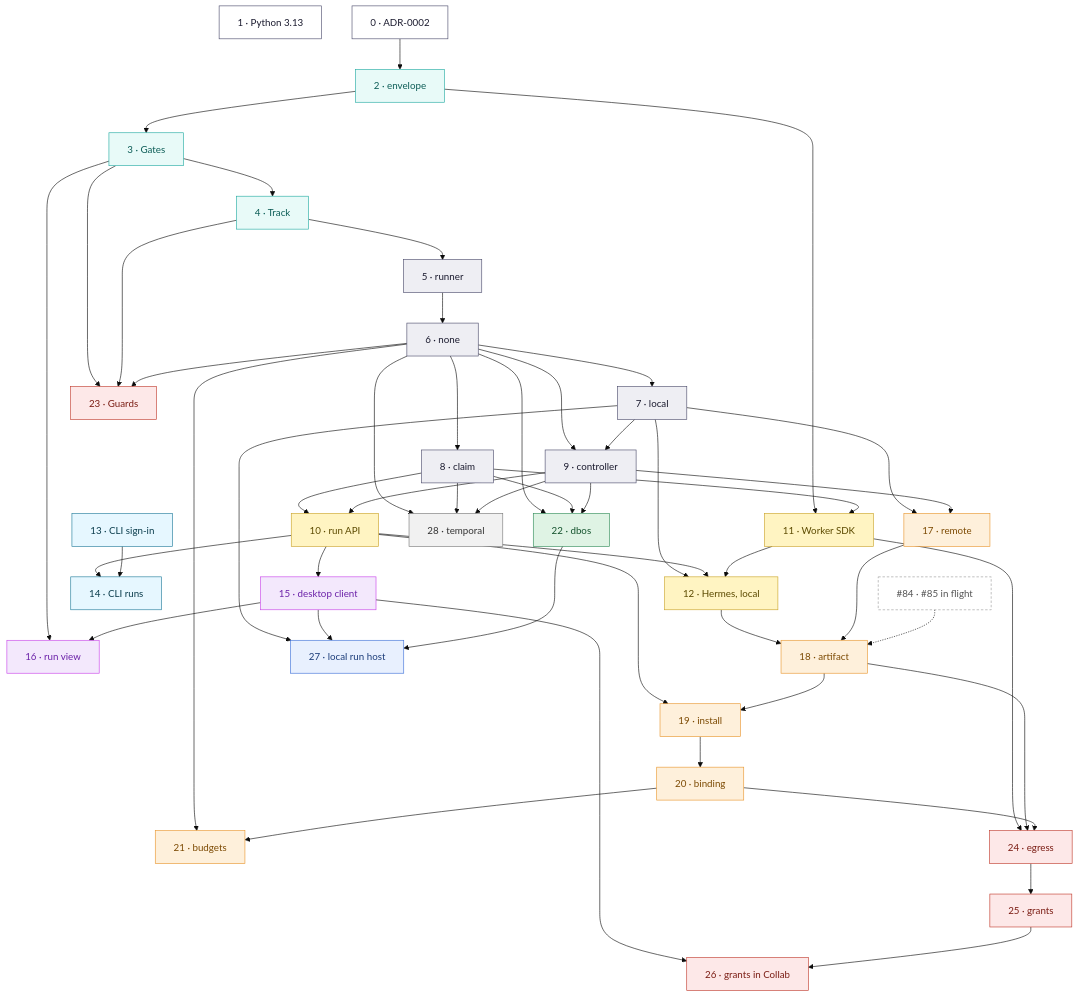
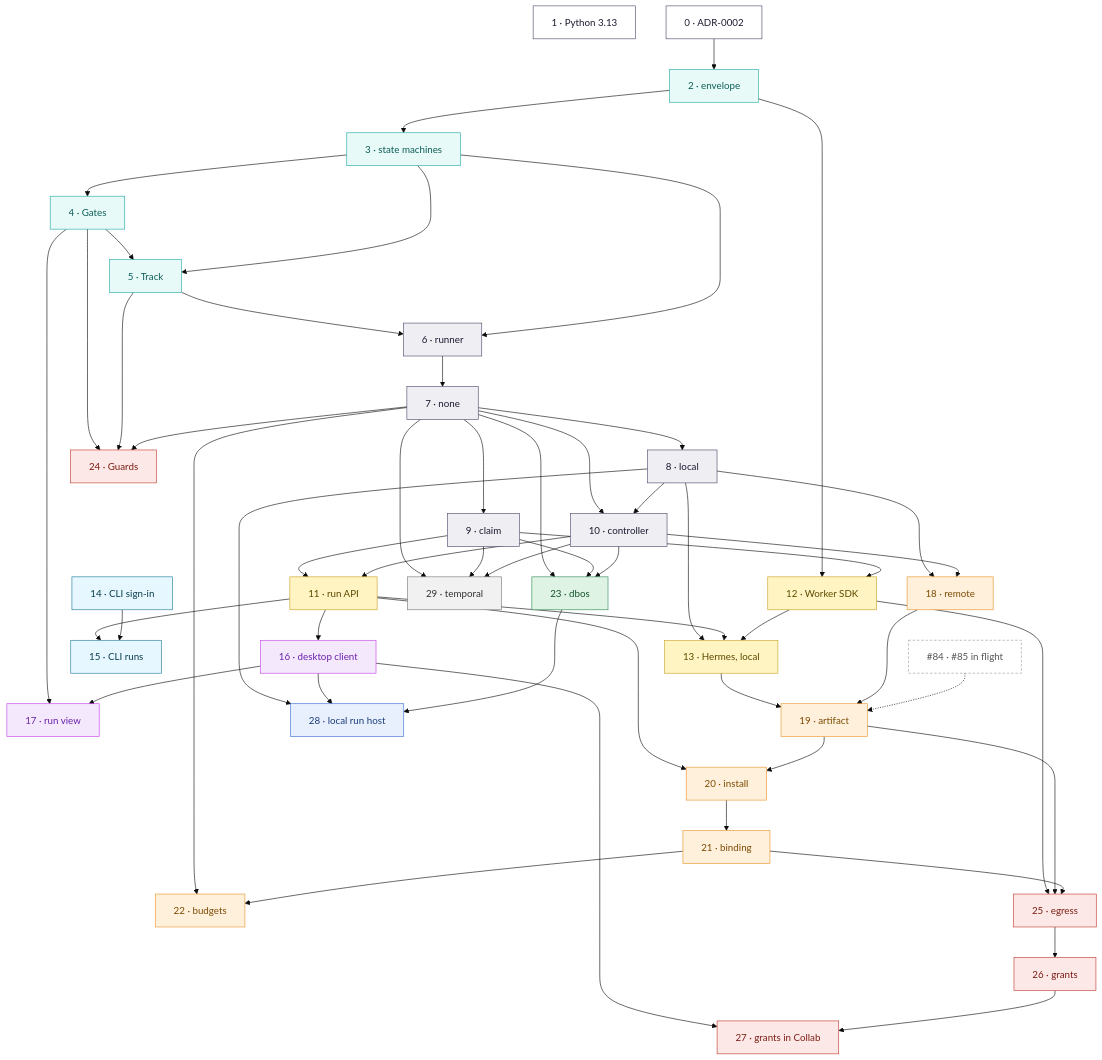
One commit to nebari-dev/collab-hub-pack changed the second of 5 diagrams in COG_EXECUTION.md. Above: the diagram before and after it, drawn with Mermaid (base theme). The commit also changed other lines of this file and 1 other file, not shown here.

First line of the commit message:
docs: a dedicated phase for the Cog state machines, early

````diff
--- a/COG_EXECUTION.md
+++ b/COG_EXECUTION.md
@@ -921,50 +948,51 @@
 ```mermaid
 flowchart TD
   ph1["1 · Python 3.13"]
-  ph0["0 · ADR-0002"] --> ph2["2 · envelope"] --> ph3["3 · Gates"] --> ph4["4 · Track"] --> ph5["5 · runner"] --> ph6["6 · none"]
-  ph6 --> ph7["7 · local"] & ph8["8 · claim"]
-  ph6 & ph7 --> ph9["9 · controller"]
-  ph8 & ph9 --> ph10["10 · run API"]
-  ph13["13 · CLI sign-in"]
-  ph2 & ph8 --> ph11["11 · Worker SDK"]
-  ph7 & ph10 & ph11 --> ph12["12 · Hermes, local"]
-  ph10 & ph13 --> ph14["14 · CLI runs"]
-  ph10 --> ph15["15 · desktop client"]
-  ph3 & ph15 --> ph16["16 · run view"]
-  ph7 & ph9 --> ph17["17 · remote"]
-  ph12 & ph17 --> ph18["18 · artifact"]
-  reg["#84 · #85 in flight"] -.-> ph18
-  ph10 & ph18 --> ph19["19 · install"] --> ph20["20 · binding"]
-  ph6 & ph20 --> ph21["21 · budgets"]
-  ph6 & ph8 & ph9 --> ph22["22 · dbos"]
-  ph3 & ph4 & ph6 --> ph23["23 · Guards"]
-  ph11 & ph18 & ph20 --> ph24["24 · egress"] --> ph25["25 · grants"]
-  ph15 & ph25 --> ph26["26 · grants in Collab"]
-  ph7 & ph15 & ph22 --> ph27["27 · local run host"]
-  ph6 & ph8 & ph9 --> ph28["28 · temporal"]
+  ph0["0 · ADR-0002"] --> ph2["2 · envelope"] --> ph3["3 · state machines"] --> ph4["4 · Gates"] --> ph5["5 · Track"] --> ph6["6 · runner"] --> ph7["7 · none"]
+  ph3 --> ph5 & ph6
+  ph7 --> ph8["8 · local"] & ph9["9 · claim"]
+  ph7 & ph8 --> ph10["10 · controller"]
+  ph9 & ph10 --> ph11["11 · run API"]
+  ph14["14 · CLI sign-in"]
+  ph2 & ph9 --> ph12["12 · Worker SDK"]
+  ph8 & ph11 & ph12 --> ph13["13 · Hermes, local"]
+  ph11 & ph14 --> ph15["15 · CLI runs"]
+  ph11 --> ph16["16 · desktop client"]
+  ph4 & ph16 --> ph17["17 · run view"]
+  ph8 & ph10 --> ph18["18 · remote"]
+  ph13 & ph18 --> ph19["19 · artifact"]
+  reg["#84 · #85 in flight"] -.-> ph19
+  ph11 & ph19 --> ph20["20 · install"] --> ph21["21 · binding"]
+  ph7 & ph21 --> ph22["22 · budgets"]
+  ph7 & ph9 & ph10 --> ph23["23 · dbos"]
+  ph4 & ph5 & ph7 --> ph24["24 · Guards"]
+  ph12 & ph19 & ph21 --> ph25["25 · egress"] --> ph26["26 · grants"]
+  ph16 & ph26 --> ph27["27 · grants in Collab"]
+  ph8 & ph16 & ph23 --> ph28["28 · local run host"]
+  ph7 & ph9 & ph10 --> ph29["29 · temporal"]
 
   classDef m0 fill:#ffffff,stroke:#4a4a6a,color:#1a1a2e
   classDef m1 fill:#e8faf8,stroke:#20aaa1,color:#0d5d57
   classDef m2 fill:#eeeef3,stroke:#4a4a6a,color:#1a1a2e
   classDef m3 fill:#fff4c2,stroke:#c9a227,color:#5c4a00
   classDef m4 fill:#e6f7ff,stroke:#1f7a99,color:#0b3d4d
   classDef m5 fill:#f3e8fc,stroke:#c840e9,color:#6b21a8
   classDef m6 fill:#fef0db,stroke:#e8952c,color:#7c4a03
   classDef m7 fill:#dff3e4,stroke:#2e8b57,color:#14532d
   classDef m8 fill:#fde8e8,stroke:#c0392b,color:#7b1d14
   classDef m9 fill:#e8f0fe,stroke:#3b6fd8,color:#1c3d7a
   classDef m10 fill:#f1f1f1,stroke:#777,color:#333
   classDef ext fill:#ffffff,stroke:#999,color:#555,stroke-dasharray: 4 3
   class ph0,ph1 m0
-  class ph2,ph3,ph4 m1
-  class ph5,ph6,ph7,ph8,ph9 m2
-  class ph10,ph11,ph12 m3
-  class ph13,ph14 m4
-  class ph15,ph16 m5
-  class ph17,ph18,ph19,ph20,ph21 m6
-  class ph22 m7
-  class ph23,ph24,ph25,ph26 m8
-  class ph27 m9
-  class ph28 m10
+  class ph2,ph3,ph4,ph5 m1
+  class ph6,ph7,ph8,ph9,ph10 m2
+  class ph11,ph12,ph13 m3
+  class ph14,ph15 m4
+  class ph16,ph17 m5
+  class ph18,ph19,ph20,ph21,ph22 m6
+  class ph23 m7
+  class ph24,ph25,ph26,ph27 m8
+  class ph28 m9
+  class ph29 m10
   class reg ext
 ```
````
